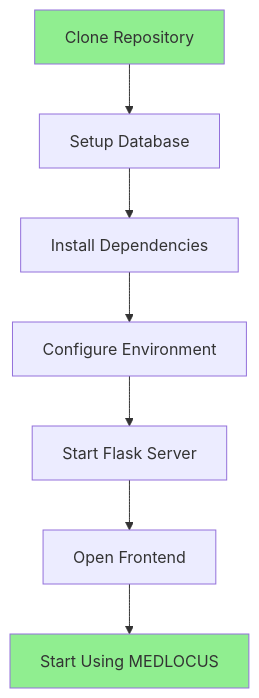
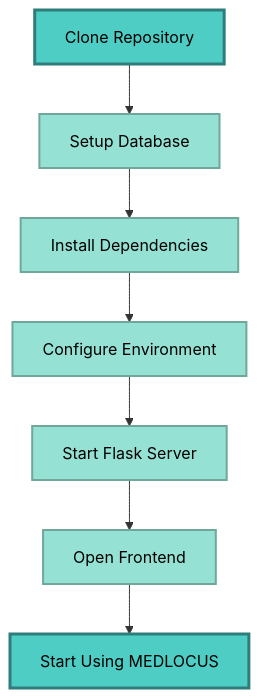
Before and after one commit to SairajJadhav08/MEDLOCUS---Precision-Care-Through-Smart-Management: the seventh of 12 diagrams in README.md, drawn with Mermaid. The commit also changed other lines of this file, not shown here.

Commit message:
Update README: Fix GitHub rendering, improve logo layout, enhance mermaid diagrams

````diff
--- a/README.md
+++ b/README.md
@@ -602,12 +423,17 @@
 ```mermaid
 graph TD
-    A[Clone Repository] --> B[Setup Database]
-    B --> C[Install Dependencies]
-    C --> D[Configure Environment]
-    D --> E[Start Flask Server]
-    E --> F[Open Frontend]
-    F --> G[Start Using MEDLOCUS]
+    A["Clone Repository"] --> B["Setup Database"]
+    B --> C["Install Dependencies"]
+    C --> D["Configure Environment"]
+    D --> E["Start Flask Server"]
+    E --> F["Open Frontend"]
+    F --> G["Start Using MEDLOCUS"]
     
-    style A fill:#90EE90
-    style G fill:#90EE90
+    style A fill:#4ECDC4,stroke:#2E7D7A,stroke-width:3px,color:#000000
+    style G fill:#4ECDC4,stroke:#2E7D7A,stroke-width:3px,color:#000000
+    style B fill:#95E1D3,stroke:#6FA89A,stroke-width:2px,color:#000000
+    style C fill:#95E1D3,stroke:#6FA89A,stroke-width:2px,color:#000000
+    style D fill:#95E1D3,stroke:#6FA89A,stroke-width:2px,color:#000000
+    style E fill:#95E1D3,stroke:#6FA89A,stroke-width:2px,color:#000000
+    style F fill:#95E1D3,stroke:#6FA89A,stroke-width:2px,color:#000000
 ```
````
